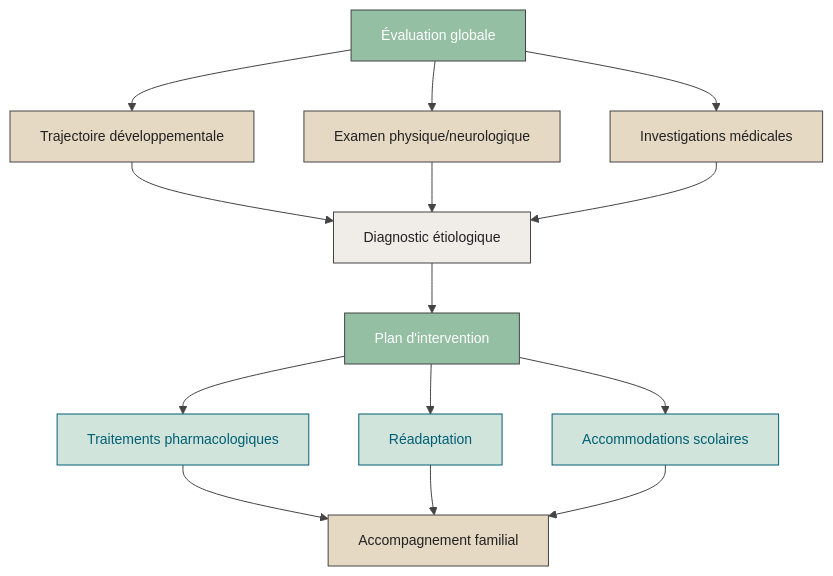
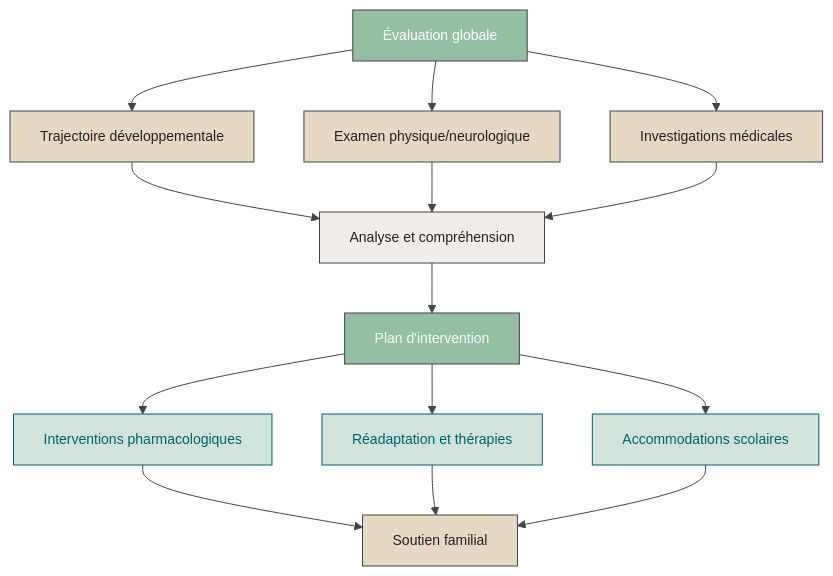
The diagram in _pages/pratique-clinique.md (DrOlivierLegault/DrOlivierLegault.github.io), drawn with Mermaid before and after one commit. The commit also changed other lines of this file and 47 other files, not shown here.

````diff
--- a/_pages/pratique-clinique.md
+++ b/_pages/pratique-clinique.md
@@ -57,37 +56,37 @@
 ```mermaid
 %%{init: {"theme": "default", "themeVariables": {
   "primaryColor": "#e6d9c4",
   "edgeLabelBackground":"#ffffff",
   "primaryTextColor":"#222222",
   "lineColor":"#444444",
   "fontSize": "14px"
 }}}%%
 graph TD
     A[ Évaluation globale] --> B[ Trajectoire développementale]
     A --> C[ Examen physique/neurologique]
     A --> D[ Investigations médicales]
     
-    B --> E[ Diagnostic étiologique]
+    B --> E[ Analyse et compréhension]
     C --> E
     D --> E
     
     E --> F[ Plan d'intervention]
-    F --> G1[ Traitements pharmacologiques]
-    F --> G2[ Réadaptation]
+    F --> G1[ Interventions pharmacologiques]
+    F --> G2[ Réadaptation et thérapies]
     F --> G3[ Accommodations scolaires]
     
-    G1 --> H[ Accompagnement familial]
+    G1 --> H[ Soutien familial]
     G2 --> H
     G3 --> H
 
     style A fill:#94bfa3,stroke:#444444,color:#ffffff
     style B fill:#e6d9c4,stroke:#444444,color:#222222
     style C fill:#e6d9c4,stroke:#444444,color:#222222
     style D fill:#e6d9c4,stroke:#444444,color:#222222
     style E fill:#f0ede9,stroke:#444444,color:#222222
     style F fill:#94bfa3,stroke:#444444,color:#ffffff
     style G1 fill:#d0e4dc,stroke:#005f73,color:#005f73
     style G2 fill:#d0e4dc,stroke:#005f73,color:#005f73
     style G3 fill:#d0e4dc,stroke:#005f73,color:#005f73
     style H fill:#e6d9c4,stroke:#444444,color:#222222
 ```
````
